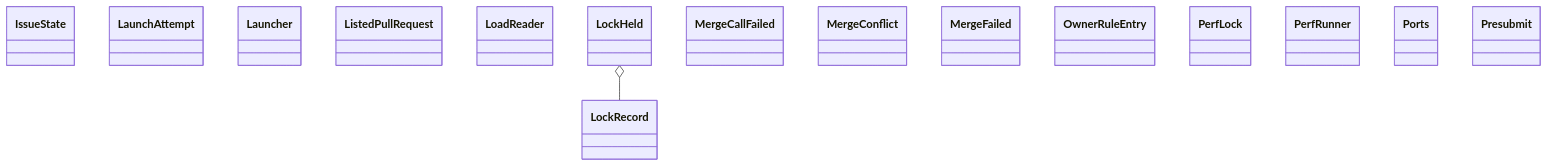
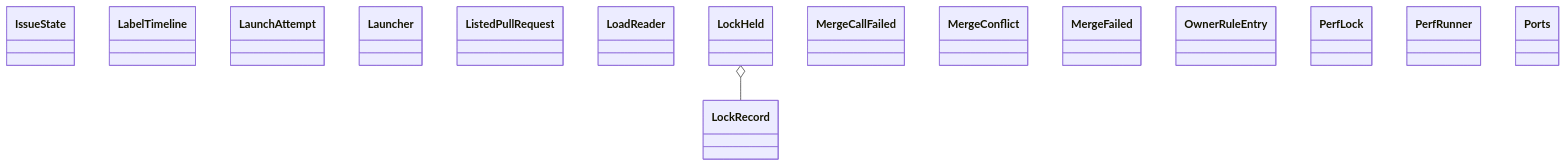
The diagram in docs/architecture/generated/classes-process-application-support-3.md (GonzaloZevallos/agentic-system), drawn with Mermaid before and after one commit. The commit also changed 15 other files, not shown here.

Commit message:
Regenerate architecture pages and cluster domain.lead_time

````diff
--- a/docs/architecture/generated/classes-process-application-support-3.md
+++ b/docs/architecture/generated/classes-process-application-support-3.md
@@ -17,19 +17,19 @@
 ```mermaid
 classDiagram
     class ports__IssueState["IssueState"]
+    class ports__LabelTimeline["LabelTimeline"]
     class ports__LaunchAttempt["LaunchAttempt"]
     class ports__Launcher["Launcher"]
     class ports__ListedPullRequest["ListedPullRequest"]
     class ports__LoadReader["LoadReader"]
     class ports__LockHeld["LockHeld"]
     class ports__LockRecord["LockRecord"]
     class ports__MergeCallFailed["MergeCallFailed"]
     class ports__MergeConflict["MergeConflict"]
     class ports__MergeFailed["MergeFailed"]
     class ports__OwnerRuleEntry["OwnerRuleEntry"]
     class ports__PerfLock["PerfLock"]
     class ports__PerfRunner["PerfRunner"]
     class ports__Ports["Ports"]
-    class ports__Presubmit["Presubmit"]
     ports__LockHeld o-- ports__LockRecord
 ```
````
